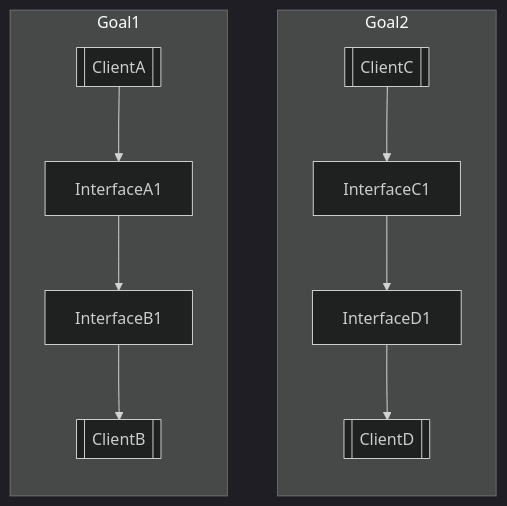
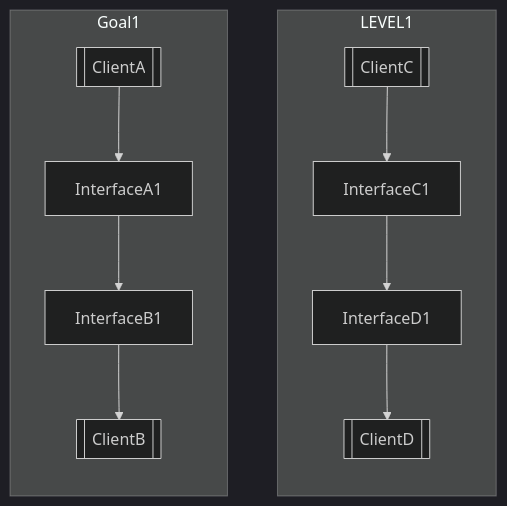
Before and after one commit to rikeda-cloud/net_practice: the first of 2 diagrams in level1.md, drawn with Mermaid. The commit also changed 7 other files, not shown here.

Commit message:
add level7.md && add chart label

````diff
--- a/level1.md
+++ b/level1.md
@@ -12,21 +12,21 @@
 ```mermaid
 %%{init:{'theme': 'dark'}}%%
 %%{init:{'flowchart': {'curve': 'natural'}}}%%
 flowchart
-subgraph Goal2
+subgraph LEVEL1
     direction TB
     CL_C[[ClientC]]
     CL_D[[ClientD]]
     IF_C[InterfaceC1]
     IF_D[InterfaceD1]
     CL_C-->IF_C-->IF_D-->CL_D
 end
 subgraph Goal1
     direction TB
     CL_A[[ClientA]]
     CL_B[[ClientB]]
     IF_A[InterfaceA1]
     IF_B[InterfaceB1]
     CL_A-->IF_A-->IF_B-->CL_B
 end
 ```
````
